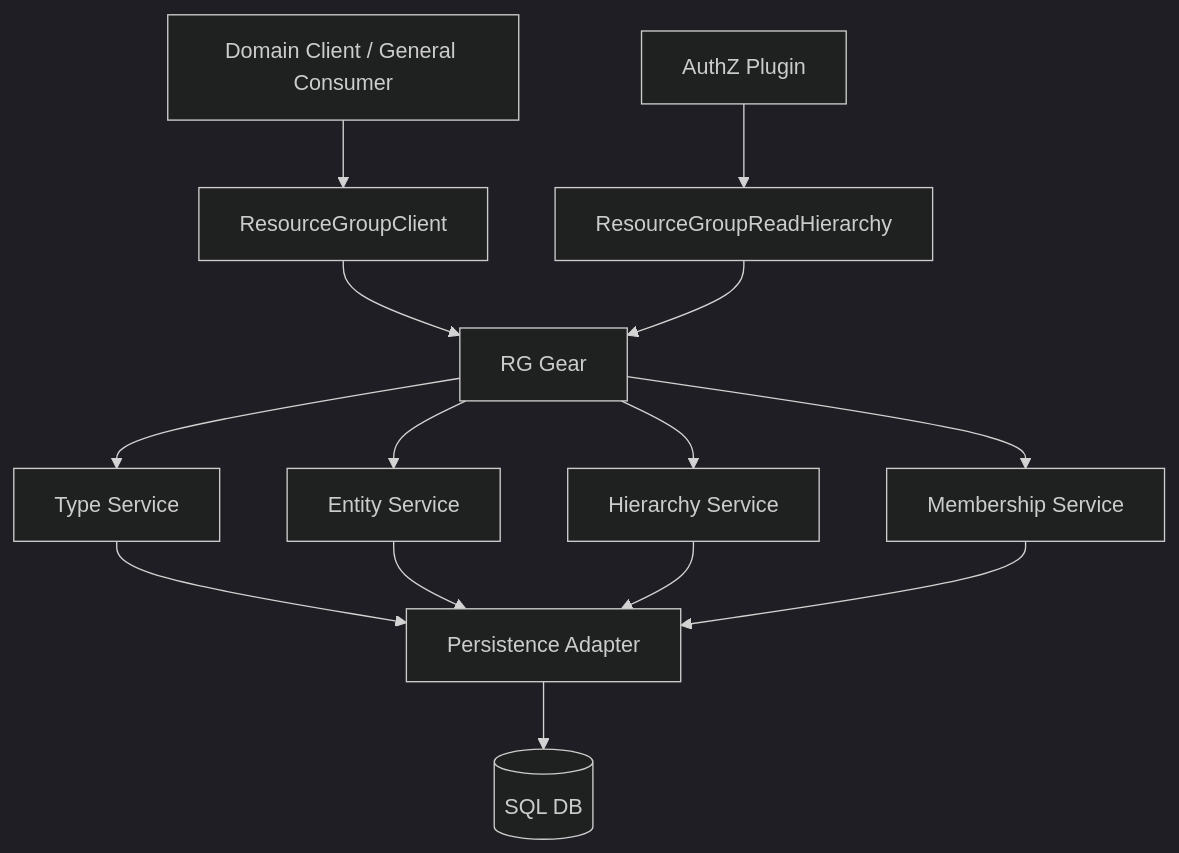
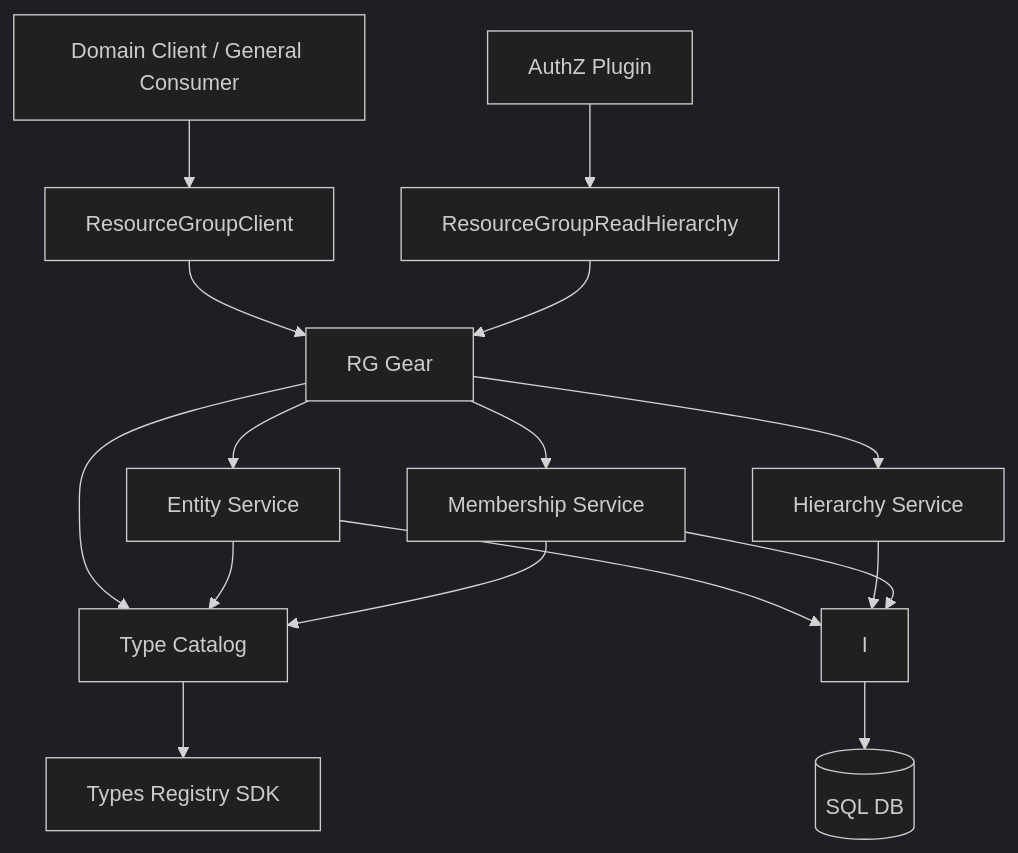
Before and after one commit to constructorfabric/gears-rust: the first of 8 diagrams in gears/system/resource-group/docs/DESIGN.md, drawn with Mermaid (dark theme). The commit also changed other lines of this file and 21 other files, not shown here.

First line of the commit message:
docs(resource-group): resource-group types live in Types Registry

````diff
--- a/gears/system/resource-group/docs/DESIGN.md
+++ b/gears/system/resource-group/docs/DESIGN.md
@@ -321,16 +317,18 @@
 ```mermaid
 graph TD
     A[Domain Client / General Consumer] --> B[ResourceGroupClient]
     X[AuthZ Plugin] --> Z[ResourceGroupReadHierarchy]
     B --> D[RG Gear]
     Z --> D
-    D --> E[Type Service]
+    D --> E[Type Catalog]
     D --> F[Entity Service]
     D --> G[Hierarchy Service]
     D --> H[Membership Service]
-    E --> I[Persistence Adapter]
+    E --> TR[Types Registry SDK]
+    F --> E
+    H --> E
     F --> I
     G --> I
     H --> I
     I --> J[(SQL DB)]
 ```
````
